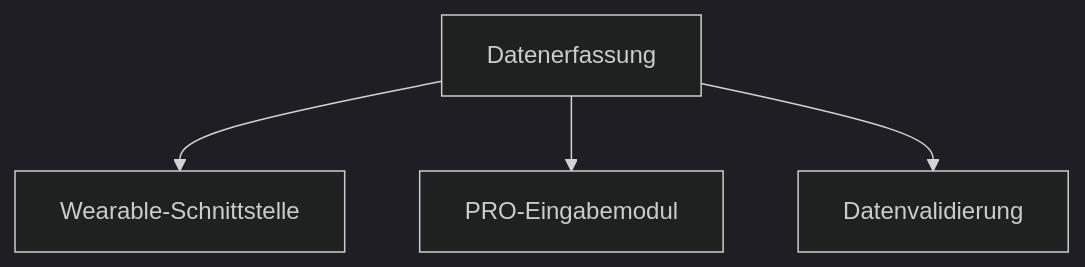
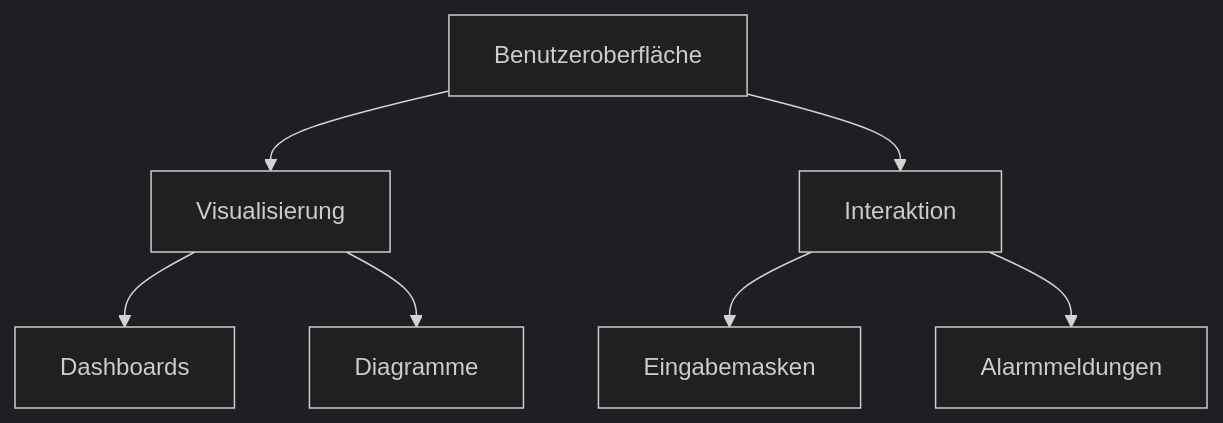
One commit to DustinScharf/SWTPbtu2024 changed the fourth of 9 diagrams in arc42/arc42-template-DE.md. Above: the diagram before and after it, drawn with Mermaid (dark theme). The commit also changed other lines of this file, not shown here.

````diff
--- a/arc42/arc42-template-DE.md
+++ b/arc42/arc42-template-DE.md
@@ -218,6 +209,9 @@
 ```mermaid
 graph TD
-    B[Datenerfassung] --> B1[Wearable-Schnittstelle]
-    B --> B2[PRO-Eingabemodul]
-    B --> B3[Datenvalidierung]
+    A[Benutzeroberfläche] --> B[Visualisierung]
+    A --> C[Interaktion]
+    B --> D[Dashboards]
+    B --> E[Diagramme]
+    C --> F[Eingabemasken]
+    C --> G[Alarmmeldungen]
 ```
````
